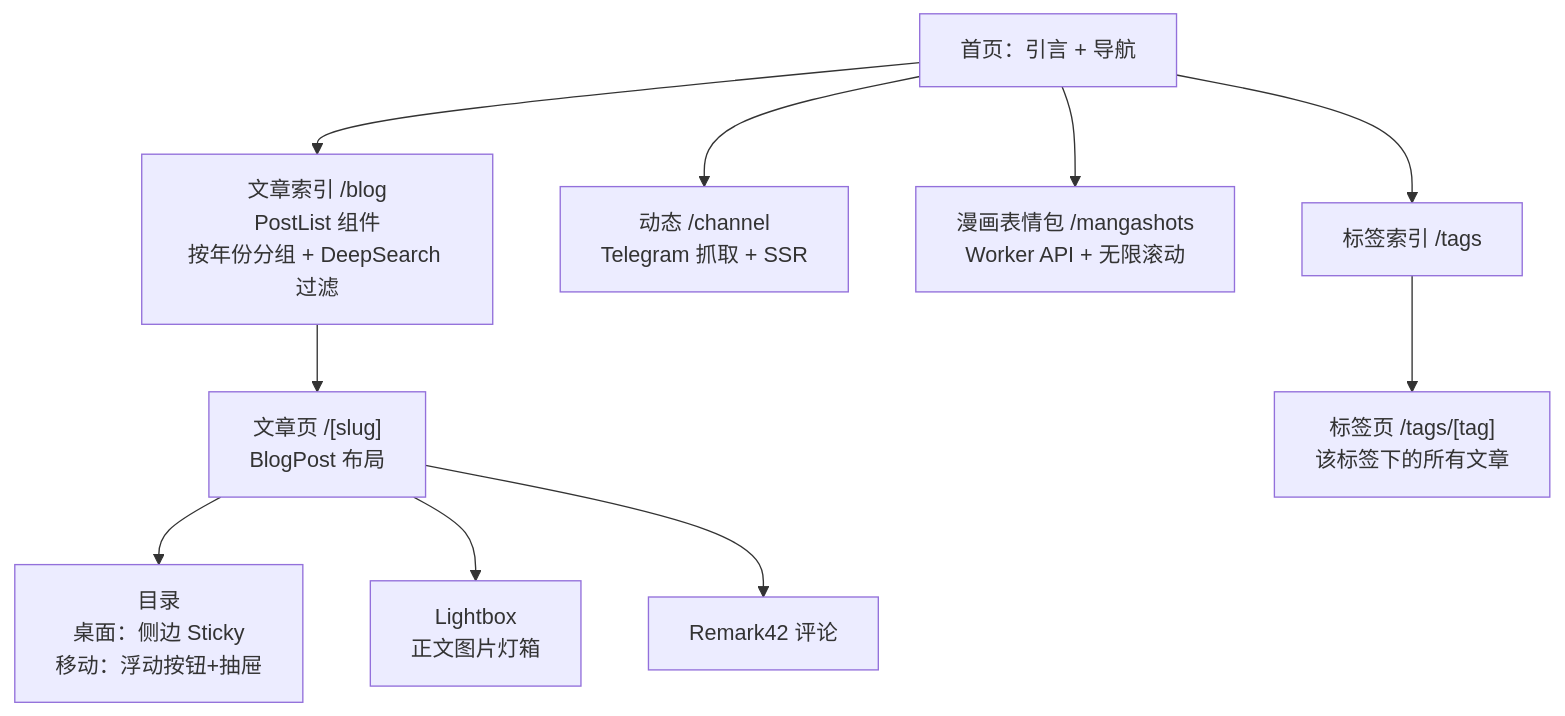
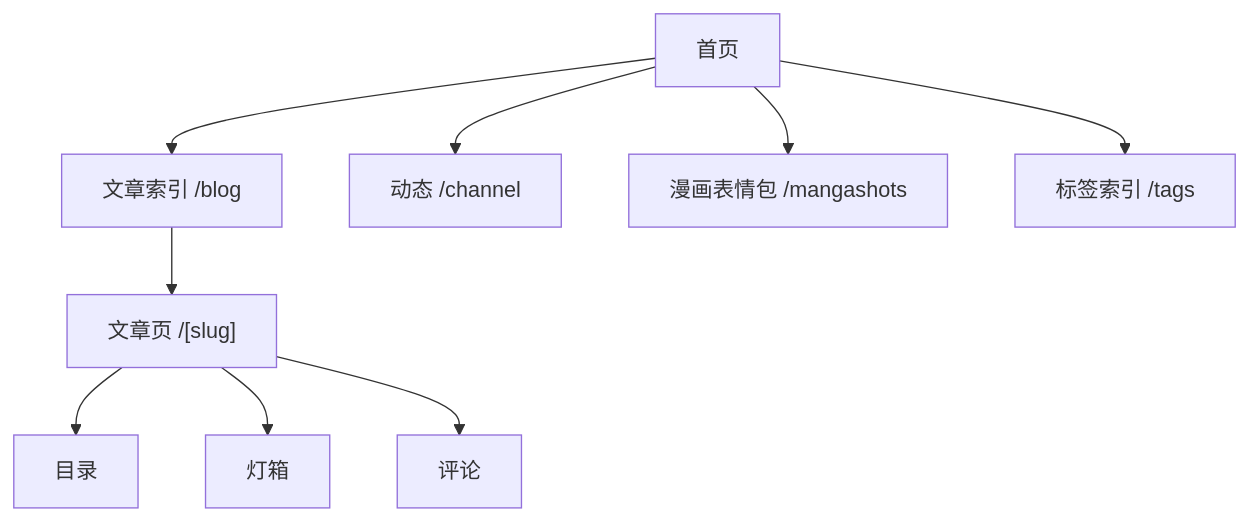
Before and after one commit to niracler/bokushi: the diagram in src/content/blog/design-primitives.md, drawn with Mermaid. The commit also changed other lines of this file, not shown here.

First line of the commit message:
docs(blog): restructure design doc with Apple HIG framework

````diff
--- a/src/content/blog/design-primitives.md
+++ b/src/content/blog/design-primitives.md
@@ -196,13 +198,12 @@
 ```mermaid
 flowchart TD
-    Home["首页：引言 + 导航"] --> BlogList["文章索引 /blog<br/>PostList 组件<br/>按年份分组 + DeepSearch 过滤"]
-    BlogList --> Post["文章页 /[slug]<br/>BlogPost 布局"]
-    Post --> TOC["目录<br/>桌面：侧边 Sticky<br/>移动：浮动按钮+抽屉"]
-    Post --> Lightbox["Lightbox<br/>正文图片灯箱"]
-    Post --> Comments["Remark42 评论"]
+    Home["首页"] --> BlogList["文章索引 /blog"]
+    BlogList --> Post["文章页 /[slug]"]
+    Post --> TOC["目录"]
+    Post --> Lightbox["灯箱"]
+    Post --> Comments["评论"]
 
-    Home --> Channel["动态 /channel<br/>Telegram 抓取 + SSR"]
-    Home --> Manga["漫画表情包 /mangashots<br/>Worker API + 无限滚动"]
+    Home --> Channel["动态 /channel"]
+    Home --> Manga["漫画表情包 /mangashots"]
     Home --> Tags["标签索引 /tags"]
-    Tags --> TagPage["标签页 /tags/[tag]<br/>该标签下的所有文章"]
 ```
````
